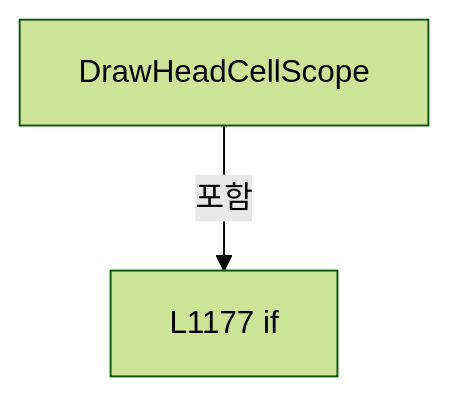
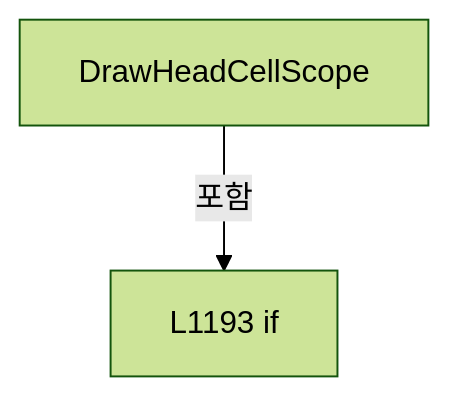
One commit to kjuws10-rgb/Shared changed diagram 11 of 22 in A3 LD Code Ref/files/Drilling.UI/Menu/Menus/CReviewGlassPreviewBuilder.cs.md. Above: the diagram before and after it, drawn with Mermaid (forest theme). The commit also changed other lines of this file and 2071 other files, not shown here.

Commit message:
docs(a3): update 11.19.0 architecture and code reference

````diff
--- a/A3 LD Code Ref/files/Drilling.UI/Menu/Menus/CReviewGlassPreviewBuilder.cs.md
+++ b/A3 LD Code Ref/files/Drilling.UI/Menu/Menus/CReviewGlassPreviewBuilder.cs.md
@@ -1997,6 +2012,6 @@
 ```mermaid
 flowchart TD
  M["DrawHeadCellScope"]
- N0["L1177 if"]
+ N0["L1193 if"]
  M -->|포함| N0
 ```
````
